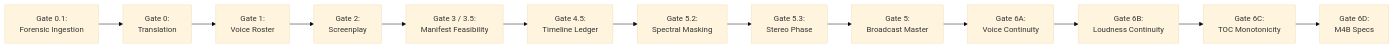
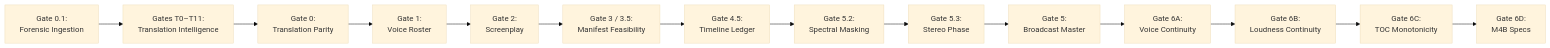
One commit to naksh-07/audiobook-maker changed the diagram in docs/QUALITY_GATES.md. Above: the diagram before and after it, drawn with Mermaid (base theme). The commit also changed other lines of this file and 7 other files, not shown here.

First line of the commit message:
docs: add Literary Translation Intelligence manual (ADR-030) and sync Pillar 2 architecture docs

````diff
--- a/docs/QUALITY_GATES.md
+++ b/docs/QUALITY_GATES.md
@@ -9,15 +9,16 @@
 ```mermaid
 flowchart LR
-    G01["Gate 0.1:<br/>Forensic Ingestion"] --> G0["Gate 0:<br/>Translation"]
+    G01["Gate 0.1:<br/>Forensic Ingestion"] --> GT["Gates T0–T11:<br/>Translation Intelligence"]
+    GT --> G0["Gate 0:<br/>Translation Parity"]
     G0 --> G1["Gate 1:<br/>Voice Roster"]
     G1 --> G2["Gate 2:<br/>Screenplay"]
     G2 --> G3["Gate 3 / 3.5:<br/>Manifest Feasibility"]
     G3 --> G45["Gate 4.5:<br/>Timeline Ledger"]
     G45 --> G52["Gate 5.2:<br/>Spectral Masking"]
     G52 --> G53["Gate 5.3:<br/>Stereo Phase"]
     G53 --> G5["Gate 5:<br/>Broadcast Master"]
     G5 --> G6A["Gate 6A:<br/>Voice Continuity"]
     G6A --> G6B["Gate 6B:<br/>Loudness Continuity"]
     G6B --> G6C["Gate 6C:<br/>TOC Monotonicity"]
     G6C --> G6D["Gate 6D:<br/>M4B Specs"]
 ```
````
